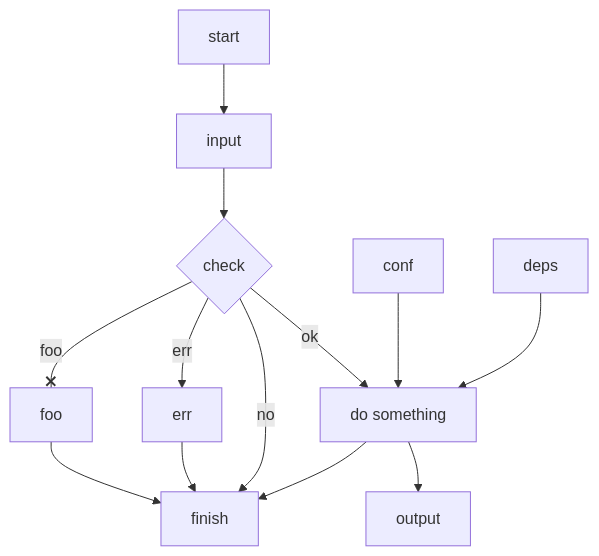
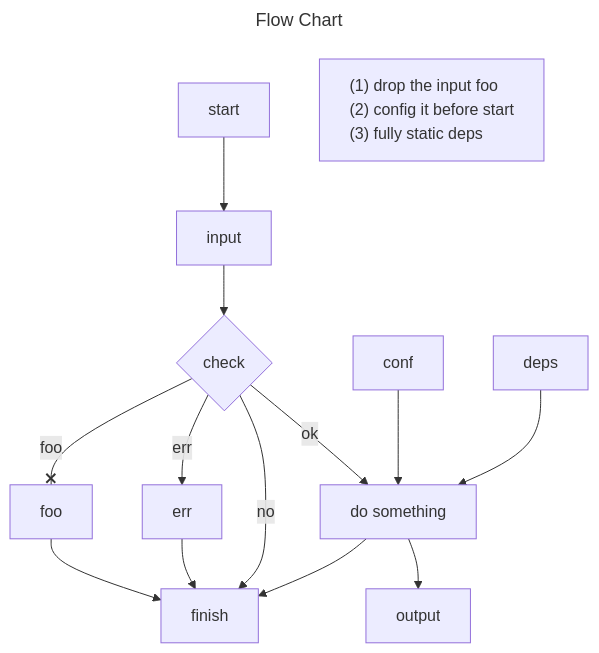
One commit to lijh8/misc changed the diagram in other/mermaid.js chart.md. Above: the diagram before and after it, drawn with Mermaid. The commit also changed other lines of this file, not shown here.

````diff
--- a/other/mermaid.js chart.md
+++ b/other/mermaid.js chart.md
@@ -8,15 +8,26 @@
 ```mermaid
+---
+title: Flow Chart
+---
 flowchart
     %% chain sequential links on one line
     start --> input --> check{check}
 
     %% parallel links on separate lines
     check --x|foo| foo --> finish
     check -->|err| err --> finish
     check -->|no| finish
     check -->|ok| bar[do something] --> finish
 
     conf --> bar --> output
     deps --> bar
 
+    %% use a separate node for adding text lines
+    classDef c1 text-align:left
+    note1["
+    (1) drop the input foo
+    (2) config it before start
+    (3) fully static deps
+    "]:::c1
+
 ```
````
